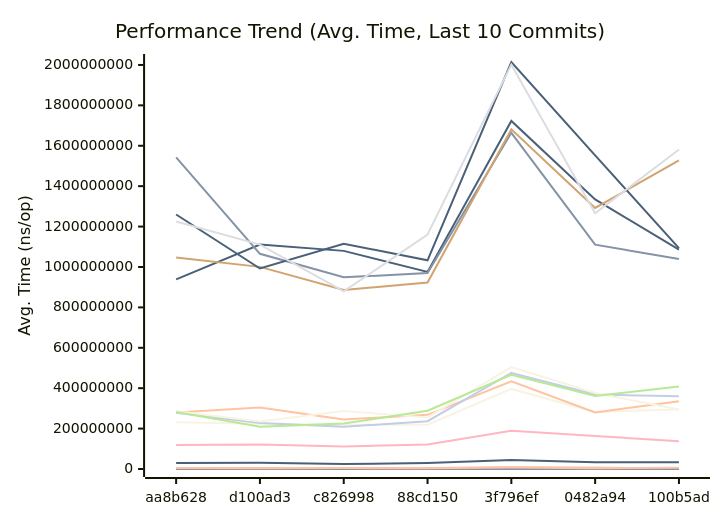
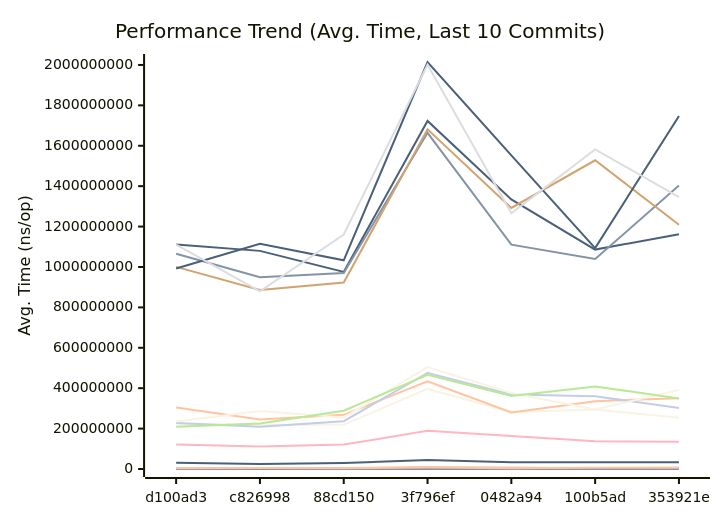
Before and after one commit to alsotoes/momo: the first of 3 diagrams in docs/PERFORMANCE.md, drawn with Mermaid. The commit also changed other lines of this file and 2 other files, not shown here.

Commit message:
docs: add Rule 79 - no direct push to master (branch protection)

````diff
--- a/docs/PERFORMANCE.md
+++ b/docs/PERFORMANCE.md
@@ -252,42 +252,42 @@
 ```mermaid
 xychart-beta
     title "Performance Trend (Avg. Time, Last 10 Commits)"
     x-axis "Commit"
     y-axis "Avg. Time (ns/op)"
-    x-axis [aa8b628,d100ad3,c826998,88cd150,3f796ef,0482a94,100b5ad]
-    line "AWSChunkedReaderSigned" [508062,513734,453907,508785,905557,534318,636346,690357,622918,512707]
-    line "AWSChunkedReaderUnsigned" [513068,555370,434075,493616,894454,593403,613680,684347,616129,457742]
-    line "CheckMetricsAndSwap" [10,10,10,9,15,11,13,14,14,10]
-    line "CrushOptimized" [395,388,377,359,624,439,383,433,463,354]
-    line "CrushOriginal" [500,510,457,482,891,591,678,598,642,502]
-    line "FormatListObjectsV2XML_AppendFormat" [781453,825885,607733,755798,1466071,913648,876655,1035620,900618,648718]
-    line "FormatListObjectsV2XML_OldFormat" [437988,457438,384420,452349,876006,527726,499237,554225,498654,406141]
-    line "HashBytes/1MiB" [4083758,3234966,3413080,3456264,5810430,3924626,3806841,4997033,4520322,3555390]
-    line "HashBytes/256MiB" [938923522,1110812216,1079738977,975610814,1722861401,1334138916,1086104803,1161959394,1081431052,798133130]
-    line "HashBytes/64MiB" [230821474,223678991,219197938,219466744,396388379,282406448,294324496,253497415,254442334,225124511]
-    line "HashFile/1MiB" [3929226,4016890,4018511,4015638,6883319,4730225,4355866,5020414,4836717,3959247]
-    line "HashFile/256MiB" [1542681975,1065256239,948781835,970019312,1664168720,1110334520,1039461142,1402967574,1130963414,1055197690]
-    line "HashFile/64MiB" [279832912,304125965,245379512,268034657,434196622,280320210,335648128,350050718,282645449,218474314]
-    line "IndexDirectTracking" [0,1,0,0,1,1,0,1,1,0]
-    line "IndexSearch" [3,3,2,2,4,2,2,3,2,2]
-    line "LoadGlobalConfig" [11430,10521,10213,10358,20717,13477,12586,12915,11283,9939]
-    line "LocalWrite/1MiB" [623012,523182,386063,1014308,861821,620083,533203,606315,575526,474416]
-    line "LocalWrite/256MiB" [118227363,120742842,111644085,120805038,188719012,163107200,137014284,135157963,132539343,118094125]
-    line "LocalWrite/64MiB" [30222165,31091015,24172266,30061816,44391316,34009604,32925149,33266024,33235605,33404598]
-    line "PadString" [91,57,43,54,108,74,66,65,63,47]
+    x-axis [d100ad3,c826998,88cd150,3f796ef,0482a94,100b5ad,353921e]
+    line "AWSChunkedReaderSigned" [513734,453907,508785,905557,534318,636346,690357,622918,512707,501241]
+    line "AWSChunkedReaderUnsigned" [555370,434075,493616,894454,593403,613680,684347,616129,457742,556893]
+    line "CheckMetricsAndSwap" [10,10,9,15,11,13,14,14,10,10]
+    line "CrushOptimized" [388,377,359,624,439,383,433,463,354,433]
+    line "CrushOriginal" [510,457,482,891,591,678,598,642,502,597]
+    line "FormatListObjectsV2XML_AppendFormat" [825885,607733,755798,1466071,913648,876655,1035620,900618,648718,775274]
+    line "FormatListObjectsV2XML_OldFormat" [457438,384420,452349,876006,527726,499237,554225,498654,406141,479265]
+    line "HashBytes/1MiB" [3234966,3413080,3456264,5810430,3924626,3806841,4997033,4520322,3555390,4784039]
+    line "HashBytes/256MiB" [1110812216,1079738977,975610814,1722861401,1334138916,1086104803,1161959394,1081431052,798133130,1113482493]
+    line "HashBytes/64MiB" [223678991,219197938,219466744,396388379,282406448,294324496,253497415,254442334,225124511,298951068]
+    line "HashFile/1MiB" [4016890,4018511,4015638,6883319,4730225,4355866,5020414,4836717,3959247,3915050]
+    line "HashFile/256MiB" [1065256239,948781835,970019312,1664168720,1110334520,1039461142,1402967574,1130963414,1055197690,1258679744]
+    line "HashFile/64MiB" [304125965,245379512,268034657,434196622,280320210,335648128,350050718,282645449,218474314,322488540]
+    line "IndexDirectTracking" [1,0,0,1,1,0,1,1,0,1]
+    line "IndexSearch" [3,2,2,4,2,2,3,2,2,2]
+    line "LoadGlobalConfig" [10521,10213,10358,20717,13477,12586,12915,11283,9939,13465]
+    line "LocalWrite/1MiB" [523182,386063,1014308,861821,620083,533203,606315,575526,474416,479322]
+    line "LocalWrite/256MiB" [120742842,111644085,120805038,188719012,163107200,137014284,135157963,132539343,118094125,126110483]
+    line "LocalWrite/64MiB" [31091015,24172266,30061816,44391316,34009604,32925149,33266024,33235605,33404598,32661319]
+    line "PadString" [57,43,54,108,74,66,65,63,47,69]
     line "ParseReplicationOrder_NoPrealloc" [350,349,357,354,345,225,229,165,232,234]
     line "ParseReplicationOrder_Prealloc" [229,231,237,234,229,108,107,80,110,109]
-    line "Placement" [5406,5565,5457,4982,9769,7169,6982,6435,6648,4864]
-    line "PlacementDomainSpread" [5712,5726,5715,5363,10254,7367,6165,7125,6936,5246]
-    line "ReadVerify/1MiB" [4423216,3880705,3695998,3063023,6669899,5893653,4349552,4844958,4821081,3882918]
-    line "ReadVerify/256MiB" [1047336519,1000480549,885690851,923410779,1681161525,1292102083,1527966144,1208865206,1079520105,1058504265]
-    line "ReadVerify/64MiB" [278276063,227817182,208677144,236746582,475503443,368423405,360046306,301883250,211152290,244603172]
-    line "S3PutSpool/1MiB" [4622411,4130137,3968364,5120338,8098804,5792248,4040951,5594802,4971787,5964641]
-    line "S3PutSpool/256MiB" [1259669614,992342042,1114984906,1033132692,2014620633,1552306291,1093403586,1746985899,1161989262,1392397511]
-    line "S3PutSpool/64MiB" [286259711,234949006,287125834,255515959,504549456,376146327,294844128,391765533,283817898,367879613]
-    line "SanitizeLog/Safe" [264,286,222,310,494,332,277,365,264,226]
-    line "SanitizeLog/Unsafe" [900,848,591,715,1256,854,1098,1183,1013,768]
-    line "TrustedRead/1MiB" [4639890,3222989,4353885,3601064,7771585,4314592,6674262,5737318,4407789,4777459]
-    line "TrustedRead/256MiB" [1225064259,1110598924,879089092,1160948664,2001362379,1265914846,1581862210,1346158360,1079106743,1430194708]
-    line "TrustedRead/64MiB" [281874202,208613545,224760418,288480214,466675929,361331755,408809763,349215436,302381501,362734452]
+    line "Placement" [5565,5457,4982,9769,7169,6982,6435,6648,4864,6529]
+    line "PlacementDomainSpread" [5726,5715,5363,10254,7367,6165,7125,6936,5246,8024]
+    line "ReadVerify/1MiB" [3880705,3695998,3063023,6669899,5893653,4349552,4844958,4821081,3882918,3731377]
+    line "ReadVerify/256MiB" [1000480549,885690851,923410779,1681161525,1292102083,1527966144,1208865206,1079520105,1058504265,1020754000]
+    line "ReadVerify/64MiB" [227817182,208677144,236746582,475503443,368423405,360046306,301883250,211152290,244603172,284251269]
+    line "S3PutSpool/1MiB" [4130137,3968364,5120338,8098804,5792248,4040951,5594802,4971787,5964641,5931927]
+    line "S3PutSpool/256MiB" [992342042,1114984906,1033132692,2014620633,1552306291,1093403586,1746985899,1161989262,1392397511,1157791795]
+    line "S3PutSpool/64MiB" [234949006,287125834,255515959,504549456,376146327,294844128,391765533,283817898,367879613,355148274]
+    line "SanitizeLog/Safe" [286,222,310,494,332,277,365,264,226,242]
+    line "SanitizeLog/Unsafe" [848,591,715,1256,854,1098,1183,1013,768,930]
+    line "TrustedRead/1MiB" [3222989,4353885,3601064,7771585,4314592,6674262,5737318,4407789,4777459,4326085]
+    line "TrustedRead/256MiB" [1110598924,879089092,1160948664,2001362379,1265914846,1581862210,1346158360,1079106743,1430194708,1367894050]
+    line "TrustedRead/64MiB" [208613545,224760418,288480214,466675929,361331755,408809763,349215436,302381501,362734452,260957497]
 ```
````
